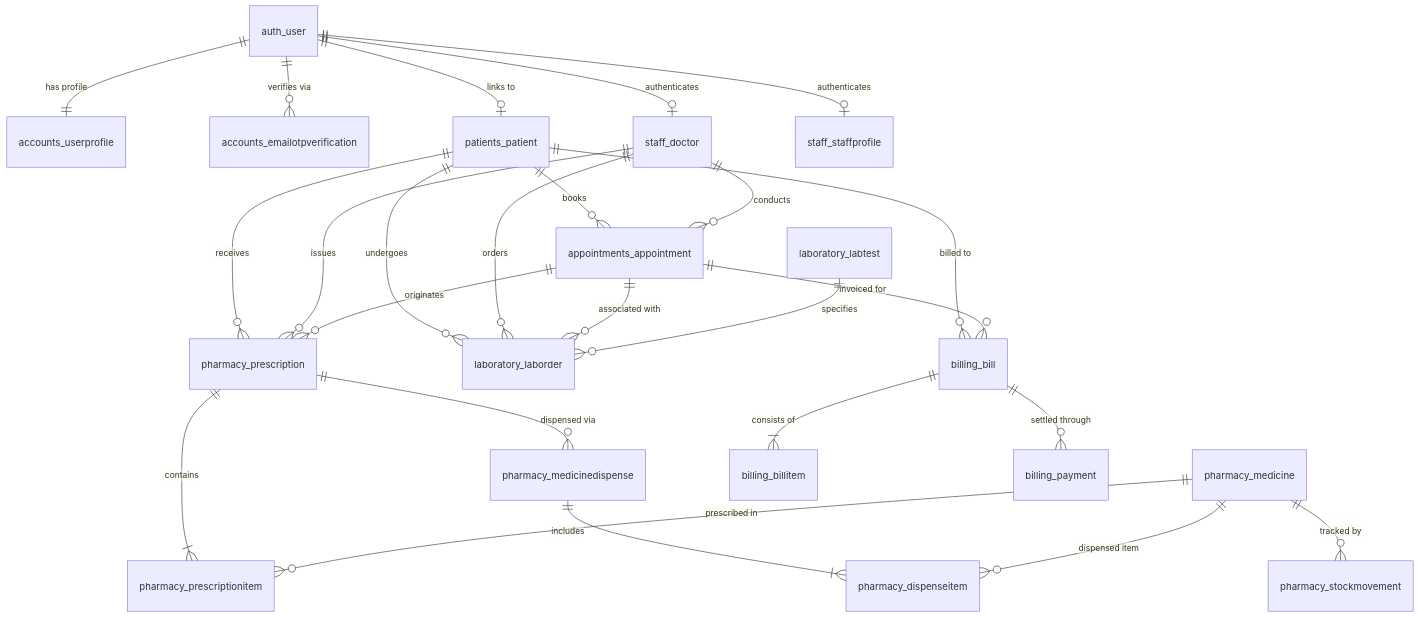
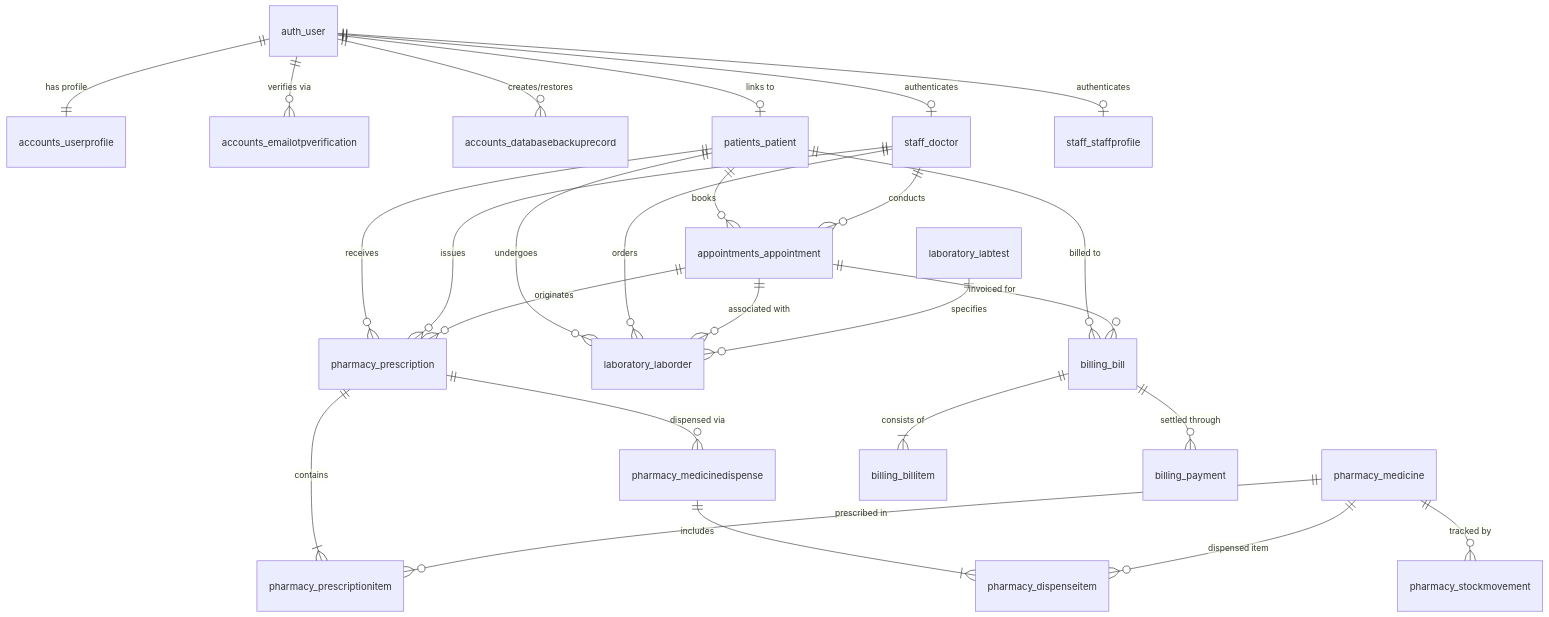
Before and after one commit to Charan16-gif/CareFlow-HMS: the diagram in DATABASE_DESIGN.md, drawn with Mermaid. The commit also changed other lines of this file and 129 other files, not shown here.

````diff
--- a/DATABASE_DESIGN.md
+++ b/DATABASE_DESIGN.md
@@ -330,32 +347,33 @@
 ```mermaid
 erDiagram
     auth_user ||--|| accounts_userprofile : "has profile"
     auth_user ||--o{ accounts_emailotpverification : "verifies via"
+    auth_user ||--o{ accounts_databasebackuprecord : "creates/restores"
     auth_user ||--o| patients_patient : "links to"
     auth_user ||--o| staff_doctor : "authenticates"
     auth_user ||--o| staff_staffprofile : "authenticates"
 
     patients_patient ||--o{ appointments_appointment : "books"
     staff_doctor ||--o{ appointments_appointment : "conducts"
 
     patients_patient ||--o{ pharmacy_prescription : "receives"
     staff_doctor ||--o{ pharmacy_prescription : "issues"
     appointments_appointment ||--o{ pharmacy_prescription : "originates"
     pharmacy_prescription ||--|{ pharmacy_prescriptionitem : "contains"
     pharmacy_medicine ||--o{ pharmacy_prescriptionitem : "prescribed in"
 
     pharmacy_prescription ||--o{ pharmacy_medicinedispense : "dispensed via"
     pharmacy_medicinedispense ||--|{ pharmacy_dispenseitem : "includes"
     pharmacy_medicine ||--o{ pharmacy_dispenseitem : "dispensed item"
     pharmacy_medicine ||--o{ pharmacy_stockmovement : "tracked by"
 
     patients_patient ||--o{ laboratory_laborder : "undergoes"
     staff_doctor ||--o{ laboratory_laborder : "orders"
     appointments_appointment ||--o{ laboratory_laborder : "associated with"
     laboratory_labtest ||--o{ laboratory_laborder : "specifies"
 
     patients_patient ||--o{ billing_bill : "billed to"
     appointments_appointment ||--o{ billing_bill : "invoiced for"
     billing_bill ||--|{ billing_billitem : "consists of"
     billing_bill ||--o{ billing_payment : "settled through"
 ```
````
